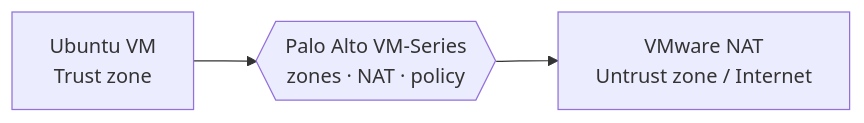
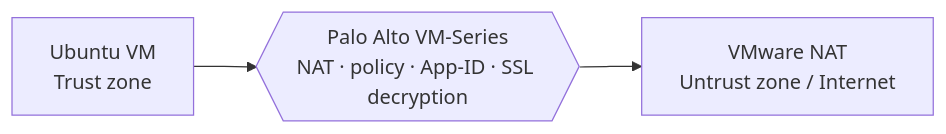
One commit to raghavguptaa/raghavguptaa changed the diagram in README.md. Above: the diagram before and after it, drawn with Mermaid. The commit also changed other lines of this file, not shown here.

````diff
--- a/README.md
+++ b/README.md
@@ -28,4 +16,4 @@
 ```mermaid
 flowchart LR
-  U["Ubuntu VM<br/>Trust zone"] --> F{{"Palo Alto VM-Series<br/>zones · NAT · policy"}} --> N["VMware NAT<br/>Untrust zone / Internet"]
+  U["Ubuntu VM<br/>Trust zone"] --> F{{"Palo Alto VM-Series<br/>NAT · policy · App-ID · SSL decryption"}} --> N["VMware NAT<br/>Untrust zone / Internet"]
 ```
````
